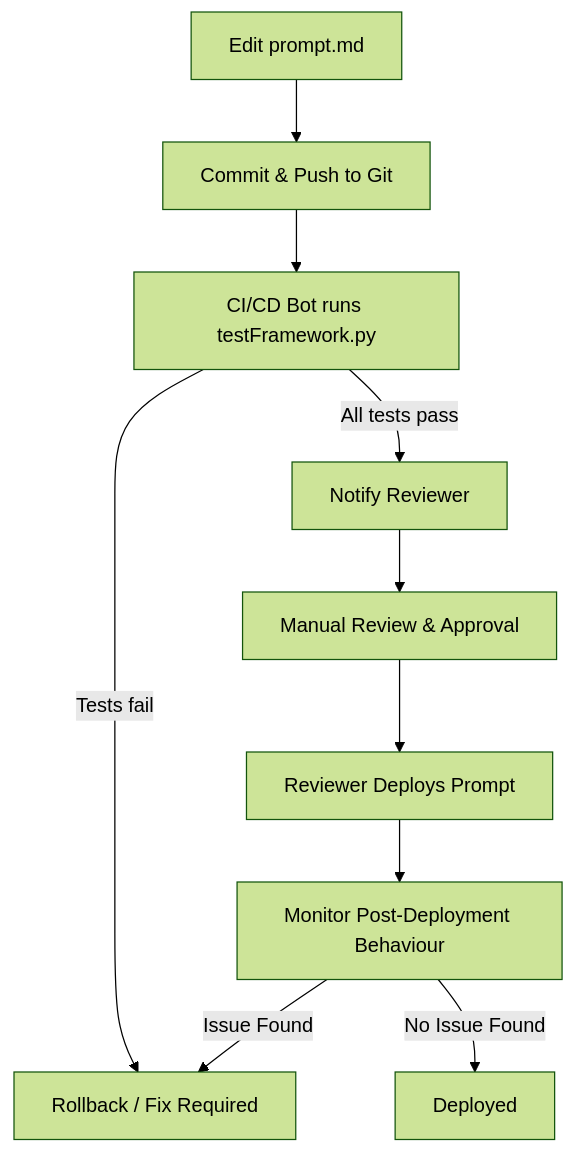
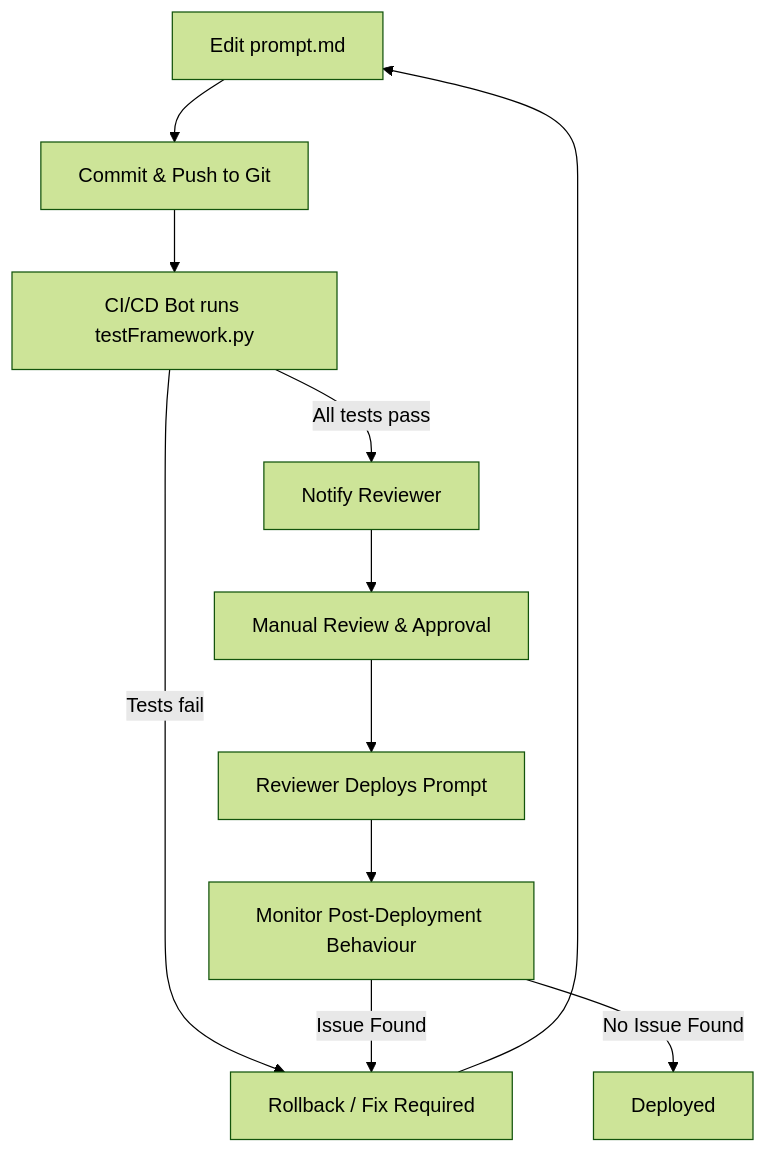
One commit to J0knee10/university-marketplace-chatbot-assessment changed the diagram in update-process.md. Above: the diagram before and after it, drawn with Mermaid (forest theme).

Commit message:
added the loop in mermaid diagram if rollback and fix required

````diff
--- a/update-process.md
+++ b/update-process.md
@@ -37,12 +37,13 @@
 ```mermaid
 flowchart TD
     Edit[Edit prompt.md] --> Commit[Commit & Push to Git]
     Commit --> RunTests[CI/CD Bot runs testFramework.py]
     RunTests -->|All tests pass| Notify[Notify Reviewer]
     Notify --> Review[Manual Review & Approval]
     Review --> Deploy[Reviewer Deploys Prompt]
     RunTests -->|Tests fail| Rollback[Rollback / Fix Required]
     Deploy --> Monitor[Monitor Post-Deployment Behaviour]
     Monitor -->|Issue Found| Rollback
     Monitor -->|No Issue Found| Deployed[Deployed]
+    Rollback --> Edit
 ```
````
